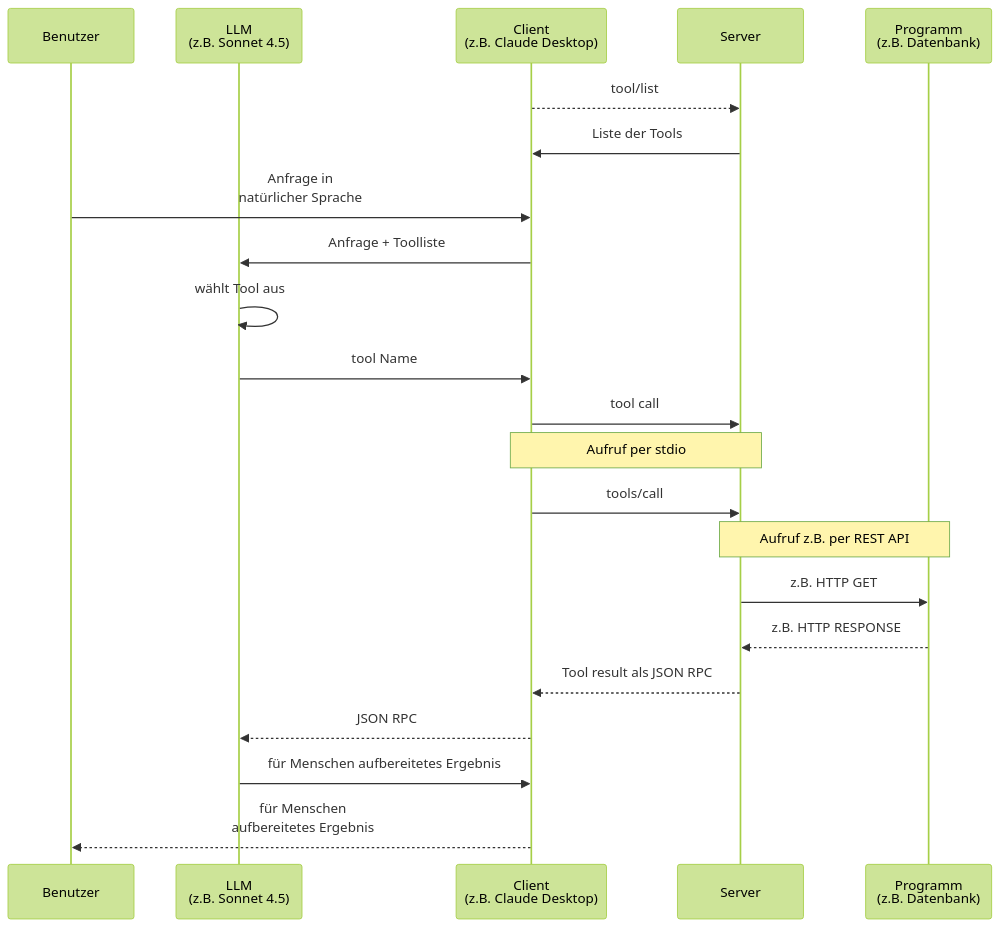
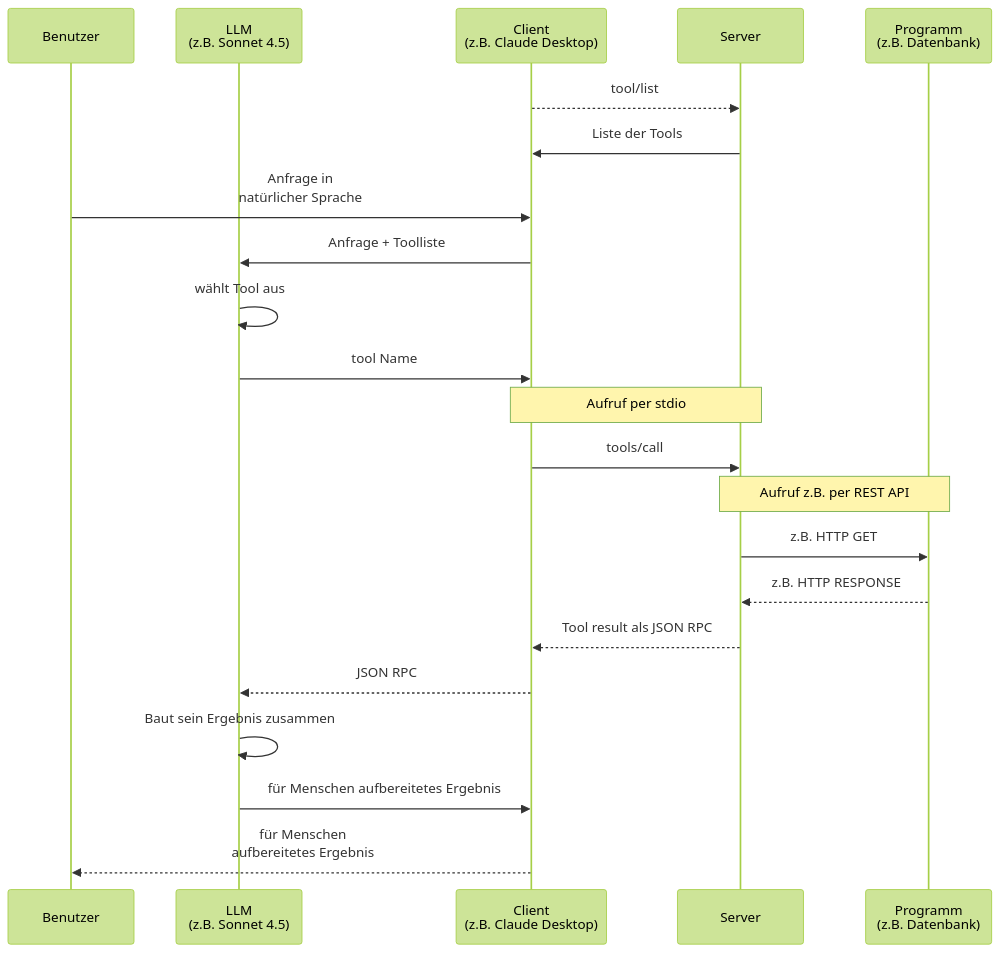
The second of 4 diagrams in README.md (FlowTheTensor/SQLite-per-MCP), drawn with Mermaid (forest theme) before and after one commit.

Commit message:
Mermaid LLM Anpassung

````diff
--- a/README.md
+++ b/README.md
@@ -40,25 +40,25 @@
 ```mermaid
 sequenceDiagram
 participant User as Benutzer
 participant LLM as LLM <br>(z.B. Sonnet 4.5)
     participant Client as Client<br> (z.B. Claude Desktop)
     participant Server as Server
     participant App as Programm <br>(z.B. Datenbank)
    Client-->>Server: tool/list
    Server->>Client: Liste der Tools
    User->>Client: Anfrage in <br>natürlicher Sprache
    Client->>LLM: Anfrage + Toolliste
    LLM->>LLM: wählt Tool aus
    LLM->>Client: tool Name
-   Client->>Server: tool call
     Note over Client,Server: Aufruf per stdio
     Client->>Server: tools/call
     Note over Server,App: Aufruf z.B. per REST API
     Server->>App: z.B. HTTP GET
     App-->>Server: z.B. HTTP RESPONSE
     Server-->>Client: Tool result als JSON RPC
     Client-->>LLM: JSON RPC
+    LLM->>LLM: Baut sein Ergebnis zusammen
     LLM->>Client: für Menschen aufbereitetes Ergebnis
     Client-->>User: für Menschen <br>aufbereitetes Ergebnis
    
 ```
````
